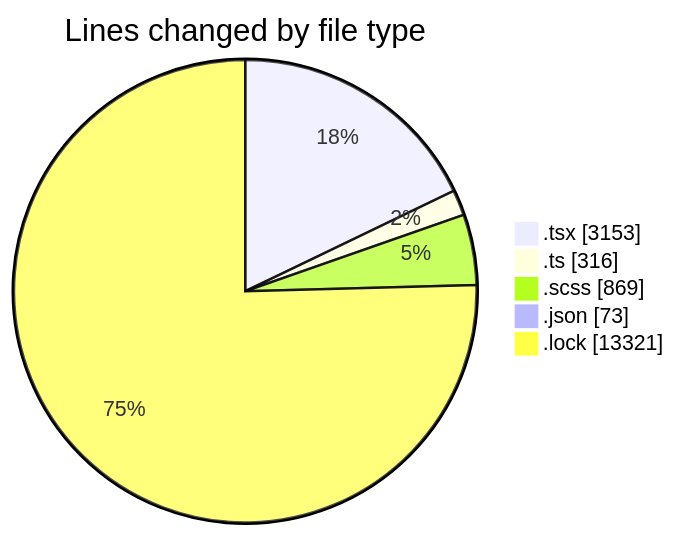
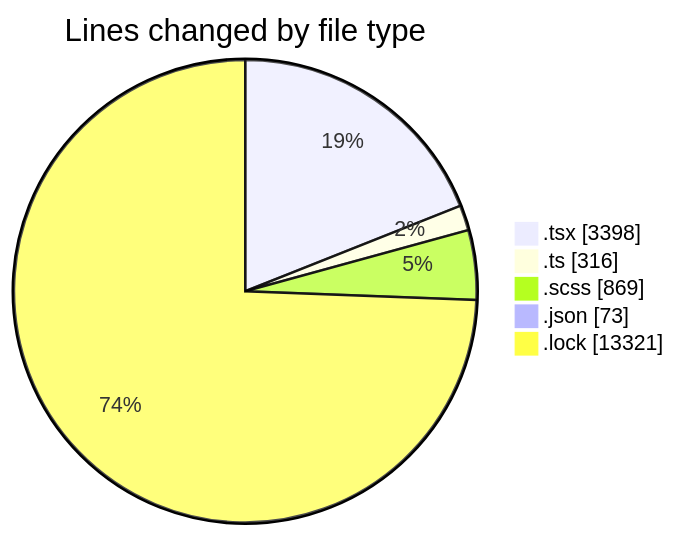
Before and after one commit to momahboobian/code-tracking: the first of 2 diagrams in 2025-02-12/cda/README.md, drawn with Mermaid. The commit also changed other lines of this file and 1 other file, not shown here.

````diff
--- a/2025-02-12/cda/README.md
+++ b/2025-02-12/cda/README.md
@@ -38,9 +38,9 @@
 ```mermaid
 pie showData
 title Lines changed by file type
-".tsx" : 3153
+".tsx" : 3398
 ".ts" : 316
 ".scss" : 869
 ".json" : 73
 ".lock" : 13321
 ```
````
